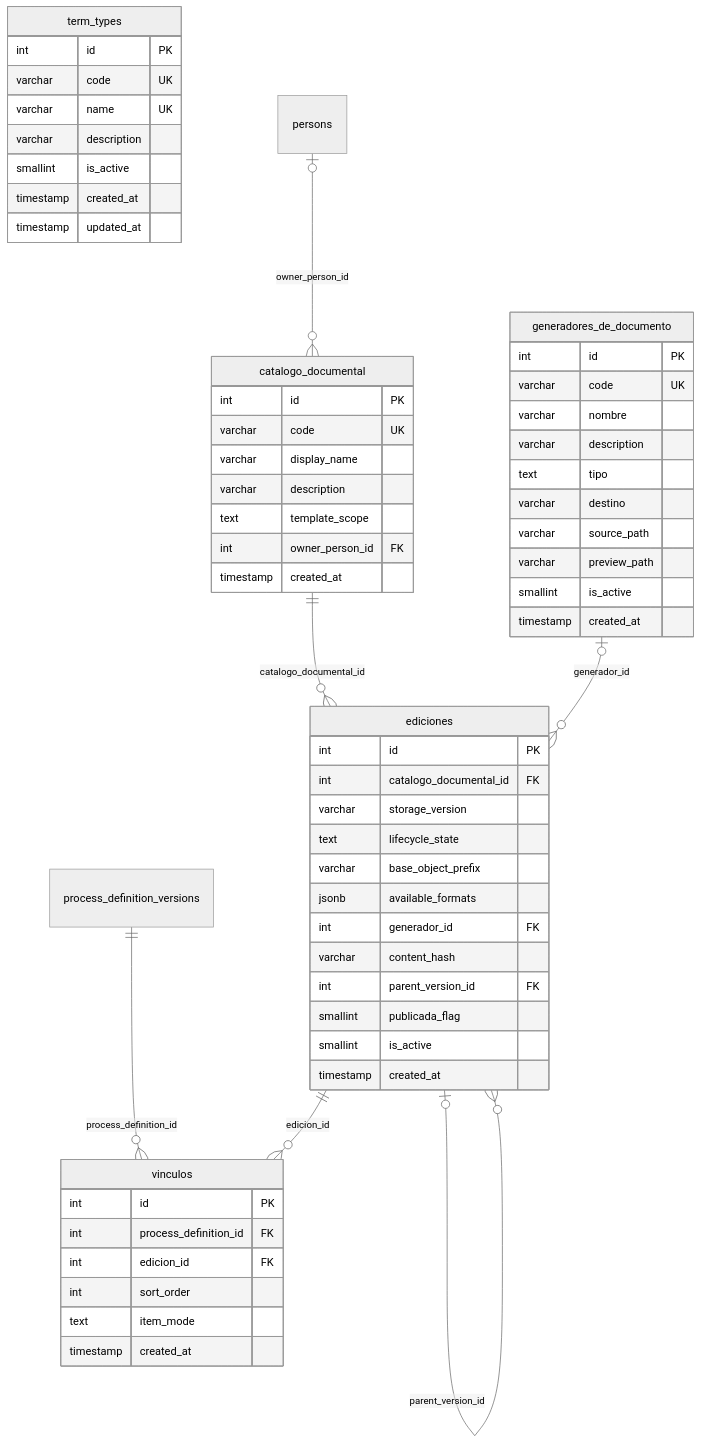
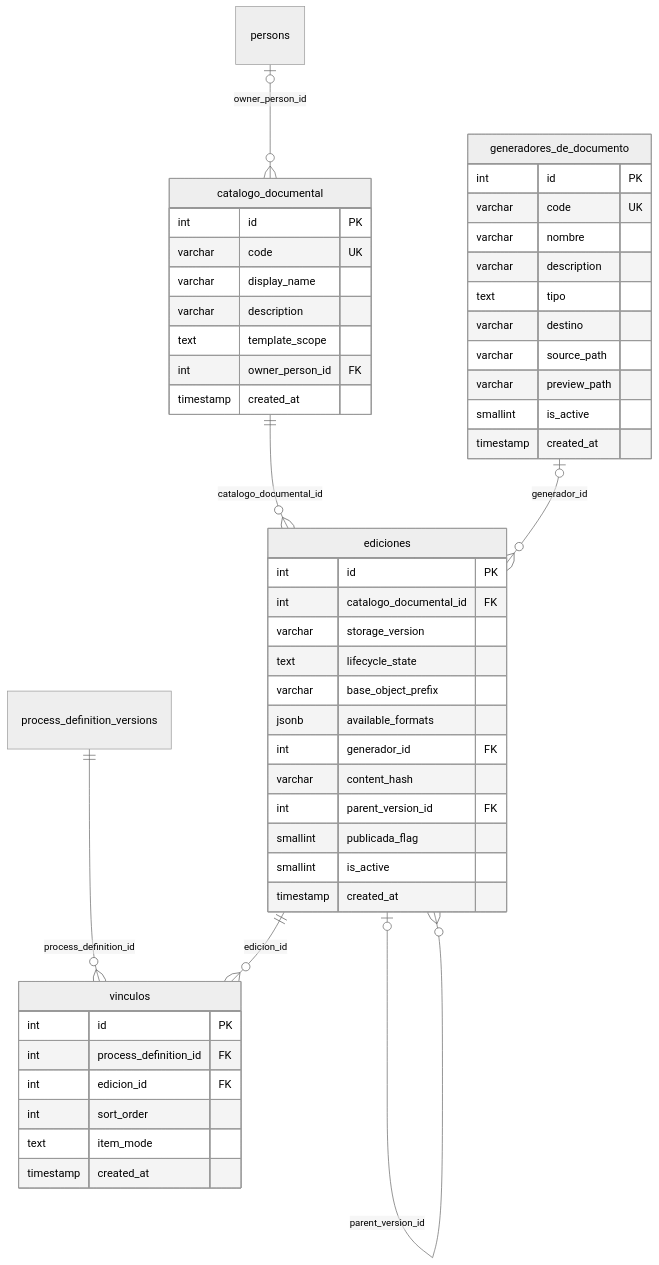
The third of 9 diagrams in docs/src/content/docs/modelo/mapa-con-campos.md (fresvel/deasy), drawn with Mermaid (neutral theme) before and after one commit. The commit also changed other lines of this file and 56 other files, not shown here.

````diff
--- a/docs/src/content/docs/modelo/mapa-con-campos.md
+++ b/docs/src/content/docs/modelo/mapa-con-campos.md
@@ -215,62 +218,53 @@
 ```mermaid
 erDiagram
   %% generado por scripts/docs/gen-mapa-campos.mjs: no se edita a mano
-  term_types {
-    int id PK
-    varchar code UK
-    varchar name UK
-    varchar description
-    smallint is_active
-    timestamp created_at
-    timestamp updated_at
-  }
   catalogo_documental {
     int id PK
     varchar code UK
     varchar display_name
     varchar description
     text template_scope
     int owner_person_id FK
     timestamp created_at
   }
   ediciones {
     int id PK
     int catalogo_documental_id FK
     varchar storage_version
     text lifecycle_state
     varchar base_object_prefix
     jsonb available_formats
     int generador_id FK
     varchar content_hash
     int parent_version_id FK
     smallint publicada_flag
     smallint is_active
     timestamp created_at
   }
   generadores_de_documento {
     int id PK
     varchar code UK
     varchar nombre
     varchar description
     text tipo
     varchar destino
     varchar source_path
     varchar preview_path
     smallint is_active
     timestamp created_at
   }
   vinculos {
     int id PK
     int process_definition_id FK
     int edicion_id FK
     int sort_order
     text item_mode
     timestamp created_at
   }
   persons |o--o{ catalogo_documental : "owner_person_id"
   catalogo_documental ||--o{ ediciones : "catalogo_documental_id"
   generadores_de_documento |o--o{ ediciones : "generador_id"
   ediciones |o--o{ ediciones : "parent_version_id"
   process_definition_versions ||--o{ vinculos : "process_definition_id"
   ediciones ||--o{ vinculos : "edicion_id"
 ```
````
